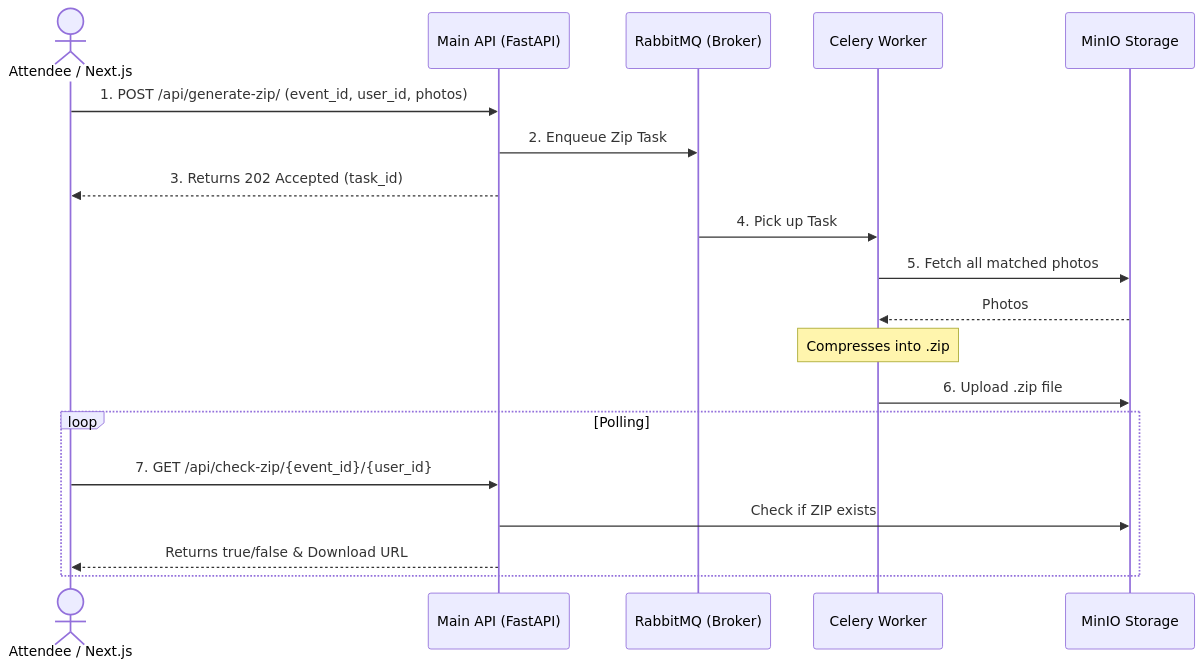
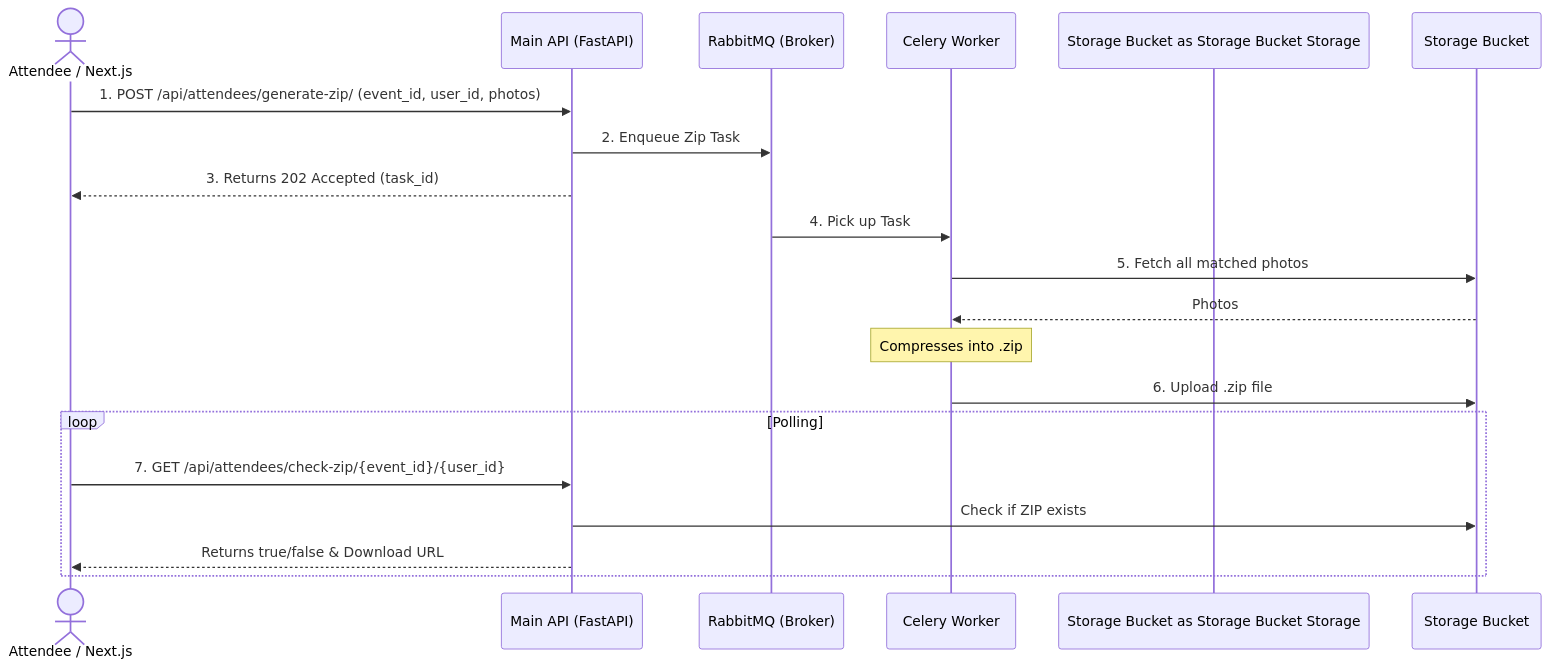
The third of 3 diagrams in workflows.md (Avneesh11905/EventSnapAPI), drawn with Mermaid before and after one commit. The commit also changed other lines of this file and 11 other files, not shown here.

````diff
--- a/workflows.md
+++ b/workflows.md
@@ -72,25 +71,25 @@
 ```mermaid
 sequenceDiagram
 
 actor Attendee as Attendee / Next.js
 participant API as Main API (FastAPI)
 participant RMQ as RabbitMQ (Broker)
 participant Worker as Celery Worker
-participant MinIO as MinIO Storage
+participant Storage Bucket as Storage Bucket Storage
 
-Attendee->>API: 1. POST /api/generate-zip/ (event_id, user_id, photos)
+Attendee->>API: 1. POST /api/attendees/generate-zip/ (event_id, user_id, photos)
 API->>RMQ: 2. Enqueue Zip Task
 API-->>Attendee: 3. Returns 202 Accepted (task_id)
 
 RMQ->>Worker: 4. Pick up Task
-Worker->>MinIO: 5. Fetch all matched photos
-MinIO-->>Worker: Photos
+Worker->>Storage Bucket: 5. Fetch all matched photos
+Storage Bucket-->>Worker: Photos
 Note over Worker: Compresses into .zip
-Worker->>MinIO: 6. Upload .zip file
+Worker->>Storage Bucket: 6. Upload .zip file
 
 loop Polling
-    Attendee->>API: 7. GET /api/check-zip/{event_id}/{user_id}
-    API->>MinIO: Check if ZIP exists
+    Attendee->>API: 7. GET /api/attendees/check-zip/{event_id}/{user_id}
+    API->>Storage Bucket: Check if ZIP exists
     API-->>Attendee: Returns true/false & Download URL
 end
 ```
````
